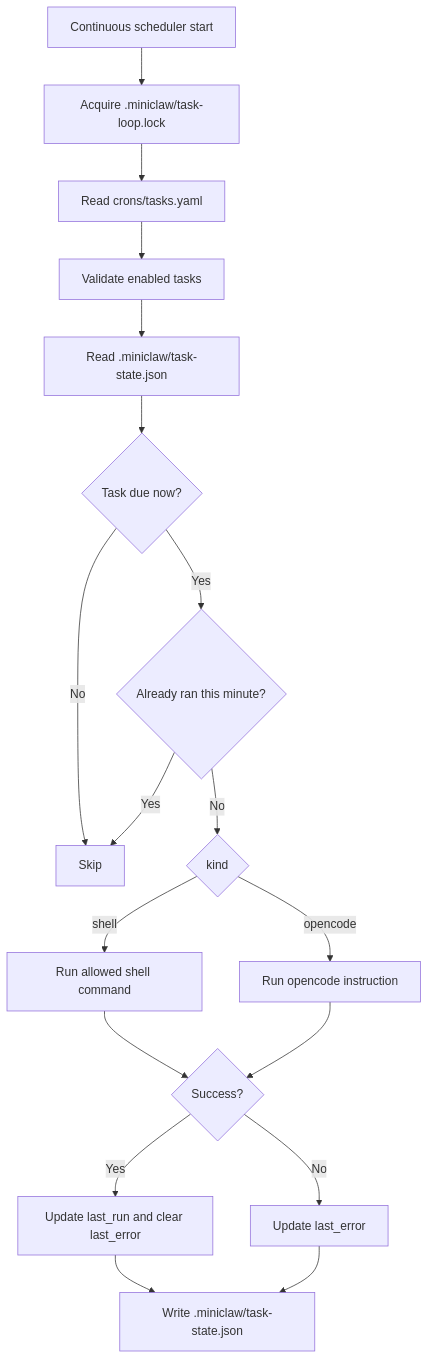
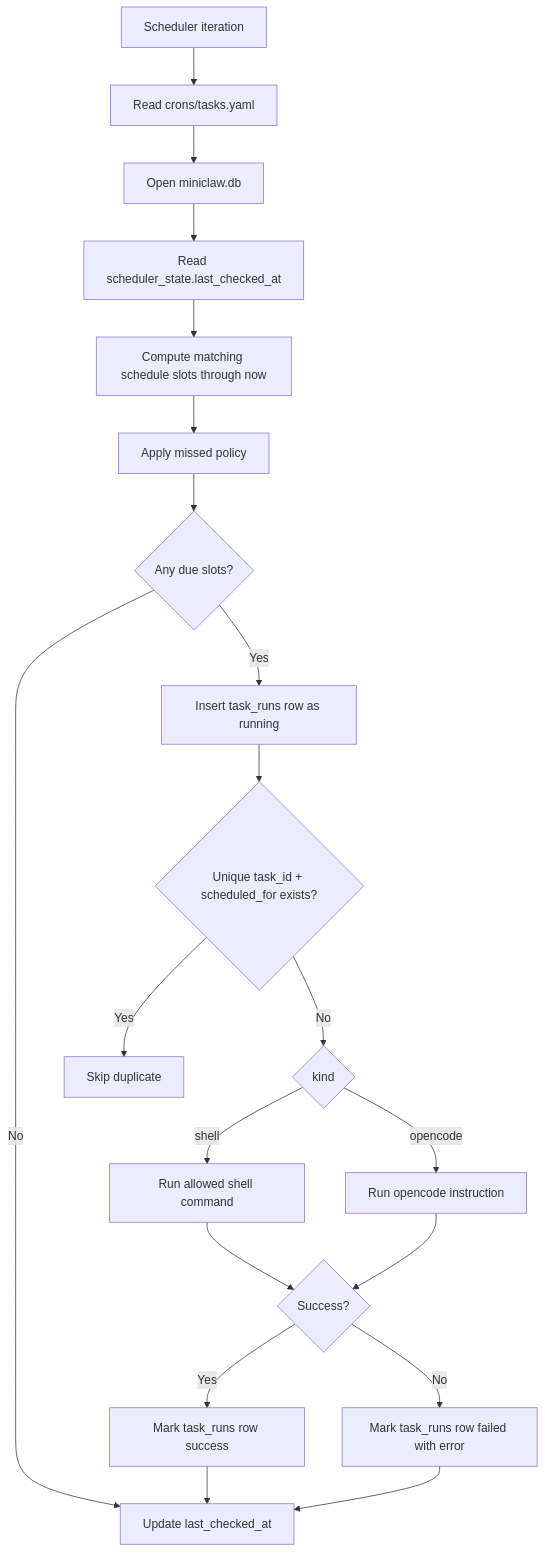
The second of 2 diagrams in docs/task-scheduler-architecture.md (vii33/AgentScheduler), drawn with Mermaid before and after one commit. The commit also changed other lines of this file and 15 other files, not shown here.

````diff
--- a/docs/task-scheduler-architecture.md
+++ b/docs/task-scheduler-architecture.md
@@ -49,20 +47,22 @@
 ```mermaid
 flowchart TD
-    A[Continuous scheduler start] --> Z[Acquire .miniclaw/task-loop.lock]
-    Z --> B[Read crons/tasks.yaml]
-    B --> C[Validate enabled tasks]
-    C --> D[Read .miniclaw/task-state.json]
-    D --> E{Task due now?}
-    E -- No --> F[Skip]
-    E -- Yes --> G{Already ran this minute?}
-    G -- Yes --> F
-    G -- No --> H{kind}
-    H -- shell --> I[Run allowed shell command]
-    H -- opencode --> J[Run opencode instruction]
-    I --> K{Success?}
-    J --> K
-    K -- Yes --> L[Update last_run and clear last_error]
-    K -- No --> M[Update last_error]
-    L --> R[Write .miniclaw/task-state.json]
-    M --> R
+    A[Scheduler iteration] --> B[Read crons/tasks.yaml]
+    B --> C[Open miniclaw.db]
+    C --> D[Read scheduler_state.last_checked_at]
+    D --> E[Compute matching schedule slots through now]
+    E --> F[Apply missed policy]
+    F --> G{Any due slots?}
+    G -- No --> H[Update last_checked_at]
+    G -- Yes --> I[Insert task_runs row as running]
+    I --> J{Unique task_id + scheduled_for exists?}
+    J -- Yes --> K[Skip duplicate]
+    J -- No --> L{kind}
+    L -- shell --> M[Run allowed shell command]
+    L -- opencode --> N[Run opencode instruction]
+    M --> O{Success?}
+    N --> O
+    O -- Yes --> P[Mark task_runs row success]
+    O -- No --> Q[Mark task_runs row failed with error]
+    P --> H
+    Q --> H
 ```
````
